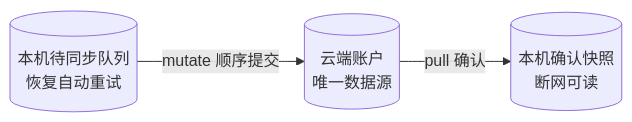
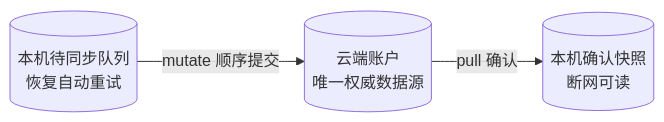
Before and after one commit to dcd654321/jiancheng: the second of 2 diagrams in docs/DESIGN-CONCEPT.md, drawn with Mermaid. The commit also changed other lines of this file and 28 other files, not shown here.

````diff
--- a/docs/DESIGN-CONCEPT.md
+++ b/docs/DESIGN-CONCEPT.md
@@ -61,8 +81,8 @@
 ```mermaid
 flowchart LR
-    CLOUD[("云端账户<br/>唯一数据源")]
+    CLOUD[("云端账户<br/>唯一权威数据源")]
     SNAP[("本机确认快照<br/>断网可读")]
     QUEUE[("本机待同步队列<br/>恢复自动重试")]
     CLOUD -->|"pull 确认"| SNAP
     QUEUE -->|"mutate 顺序提交"| CLOUD
 ```
````
